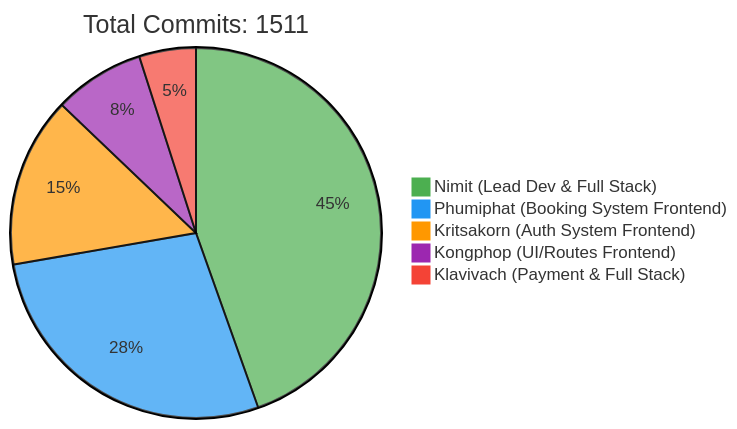
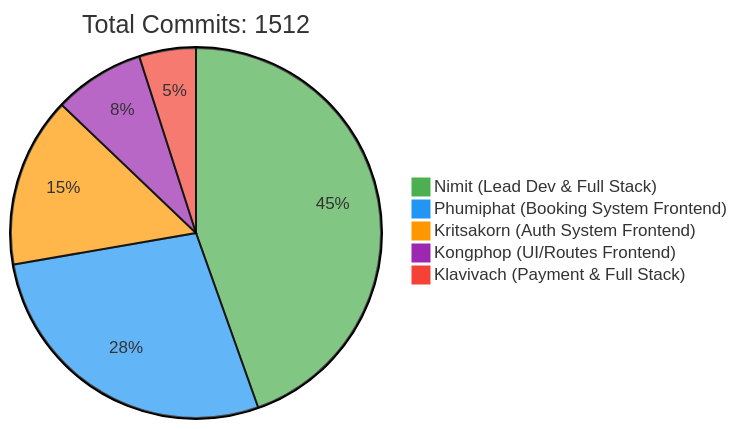
The first of 2 diagrams in README.md (6531503042/Sport-Complex), drawn with Mermaid before and after one commit. The commit also changed other lines of this file, not shown here.

Commit message:
docs: Update contributor statistics [skip ci]

````diff
--- a/README.md
+++ b/README.md
@@ -257,10 +257,10 @@
 ```mermaid
 %%{init: {'theme': 'base', 'themeVariables': { 'pie1': '#4CAF50', 'pie2': '#2196F3', 'pie3': '#FF9800', 'pie4': '#9C27B0', 'pie5': '#F44336'}}}%%
 pie
-    title Total Commits: 1511
+    title Total Commits: 1512
     "Nimit (Lead Dev & Full Stack)" : 450
     "Phumiphat (Booking System Frontend)" : 280
     "Kritsakorn (Auth System Frontend)" : 150
     "Kongphop (UI/Routes Frontend)" : 80
     "Klavivach (Payment & Full Stack)" : 50
 ```
````
